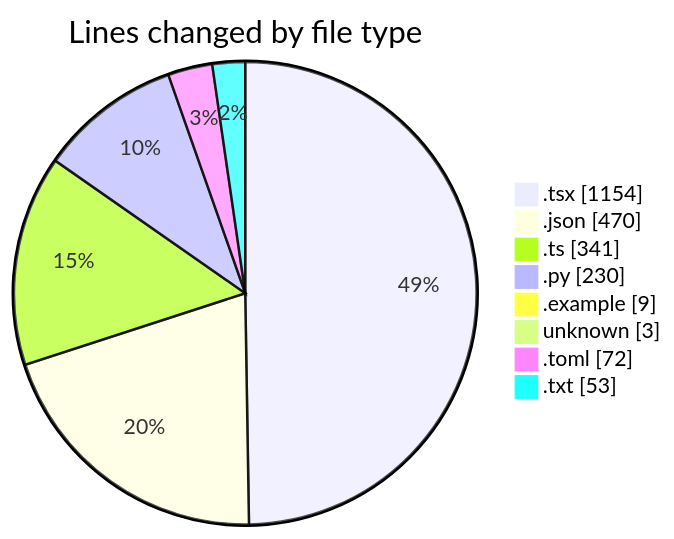
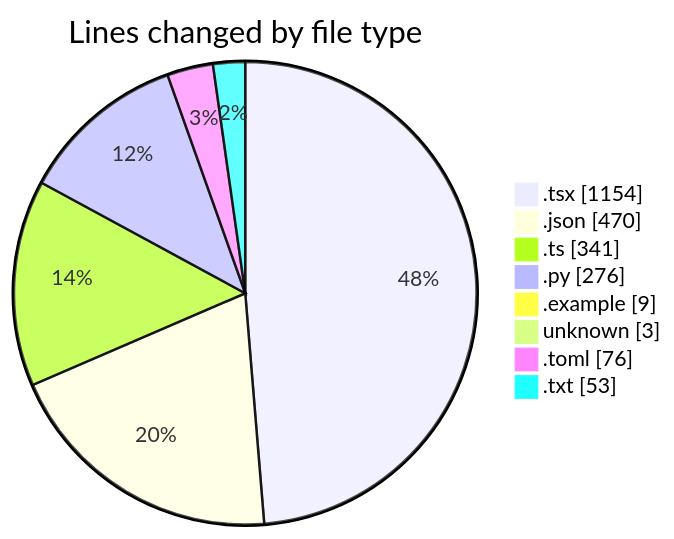
The first of 2 diagrams in 2025-04-30/niten/README.md (Elitesun/code-tracking), drawn with Mermaid before and after one commit. The commit also changed other lines of this file and 1 other file, not shown here.

````diff
--- a/2025-04-30/niten/README.md
+++ b/2025-04-30/niten/README.md
@@ -54,12 +55,12 @@
 ```mermaid
 pie showData
 title Lines changed by file type
 ".tsx" : 1154
 ".json" : 470
 ".ts" : 341
-".py" : 230
+".py" : 276
 ".example" : 9
 "unknown" : 3
-".toml" : 72
+".toml" : 76
 ".txt" : 53
 ```
````
